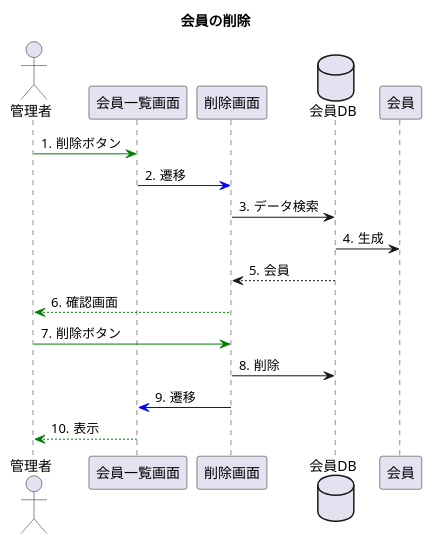
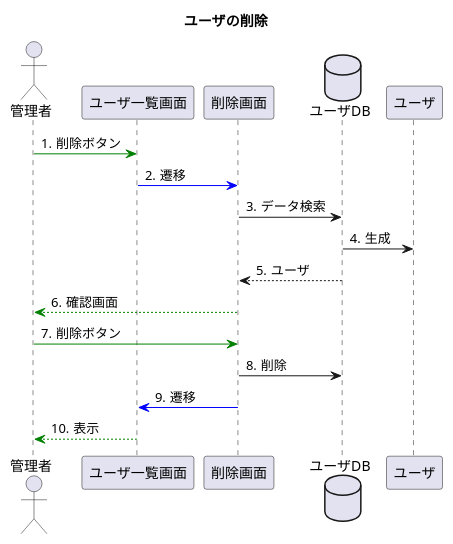
One commit to toufu66/ProjectC changed the diagram in uml/seq_del.pu. Above: the diagram before and after it, drawn with PlantUML. The commit also changed 1 other file, not shown here.

Commit message:
会員→ユーザ

```diff
--- a/uml/seq_del.pu
+++ b/uml/seq_del.pu
@@ -1,22 +1,22 @@
 @startuml
-title 会員の削除
+title ユーザの削除
 
 autonumber "#."
 
 actor 管理者
-participant 会員一覧画面
+participant ユーザ一覧画面
 participant 削除画面
-database 会員DB
-participant 会員
+database ユーザDB
+participant ユーザ
 
-管理者 -[#green]> 会員一覧画面:削除ボタン
-会員一覧画面 -[#blue]> 削除画面:遷移
-削除画面 -> 会員DB:データ検索
-会員DB -> 会員:生成
-会員DB --> 削除画面:会員
+管理者 -[#green]> ユーザ一覧画面:削除ボタン
+ユーザ一覧画面 -[#blue]> 削除画面:遷移
+削除画面 -> ユーザDB:データ検索
+ユーザDB -> ユーザ:生成
+ユーザDB --> 削除画面:ユーザ
 削除画面 --[#green]> 管理者:確認画面
 管理者 -[#green]> 削除画面:削除ボタン
-削除画面 -> 会員DB:削除
-削除画面 -[#blue]> 会員一覧画面:遷移
-会員一覧画面 --[#green]> 管理者:表示
+削除画面 -> ユーザDB:削除
+削除画面 -[#blue]> ユーザ一覧画面:遷移
+ユーザ一覧画面 --[#green]> 管理者:表示
 @enduml
```
